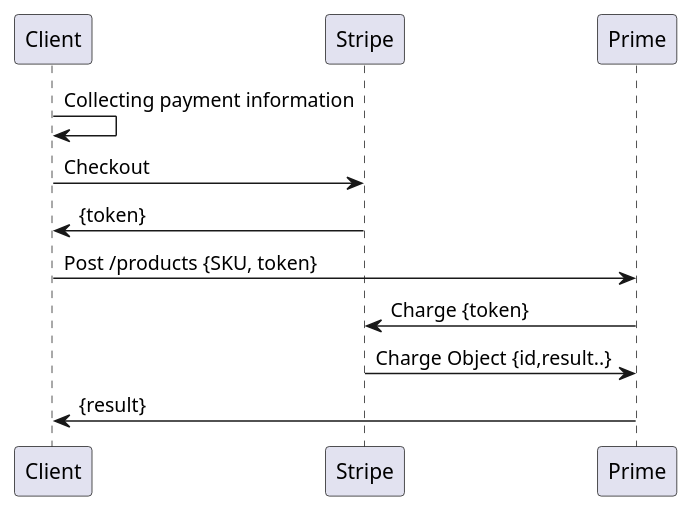
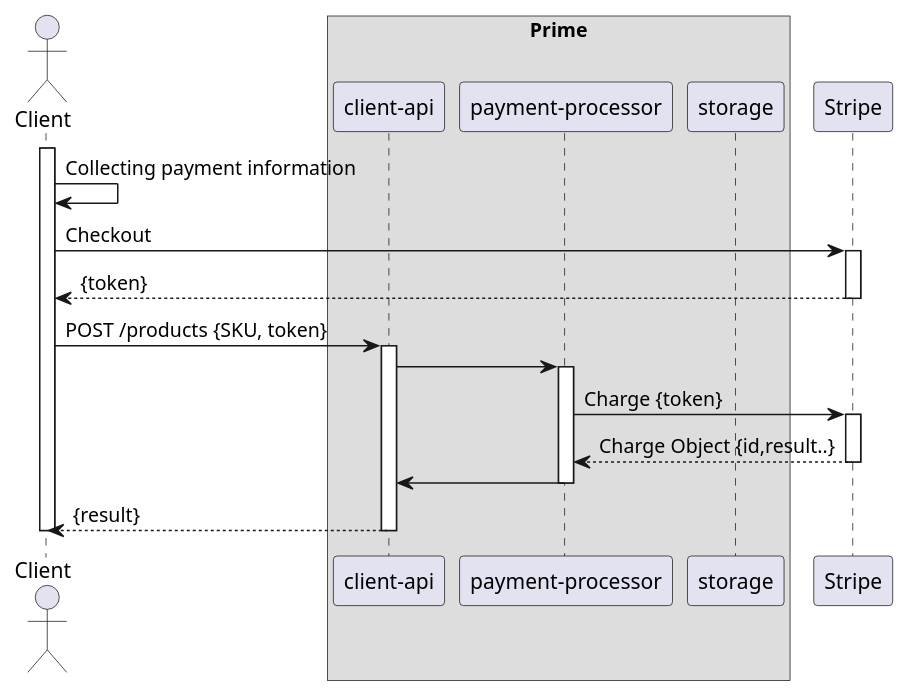
Before and after one commit to ostelco/ostelco-core: the diagram in payment-processor/doc/puml/purchase-flow.puml, drawn with PlantUML.

Commit message:
Updated sequence diagram for payment

```diff
--- a/payment-processor/doc/puml/purchase-flow.puml
+++ b/payment-processor/doc/puml/purchase-flow.puml
@@ -1,11 +1,32 @@
 @startuml
 
+actor Client
+participant Client
+
+box "Prime"
+    participant "client-api"
+    participant "payment-processor"
+    participant "storage"
+end box
+participant Stripe
+
+activate Client
 Client -> Client : Collecting payment information
 Client -> Stripe : Checkout
-Stripe -> Client: {token}
-Client -> Prime: Post /products {SKU, token}
-Prime -> Stripe: Charge {token}
-Stripe -> Prime: Charge Object {id,result..}
-Prime -> Client: {result}
-
+activate Stripe
+Stripe --> Client: {token}
+deactivate Stripe
+Client -> "client-api": POST /products {SKU, token}
+activate "client-api"
+"client-api" -> "payment-processor"
+activate "payment-processor"
+"payment-processor" -> Stripe: Charge {token}
+activate Stripe
+Stripe --> "payment-processor": Charge Object {id,result..}
+deactivate Stripe
+"payment-processor" -> "client-api"
+deactivate "payment-processor"
+"client-api" --> Client: {result}
+deactivate "client-api"
+deactivate Client
 @enduml
```
